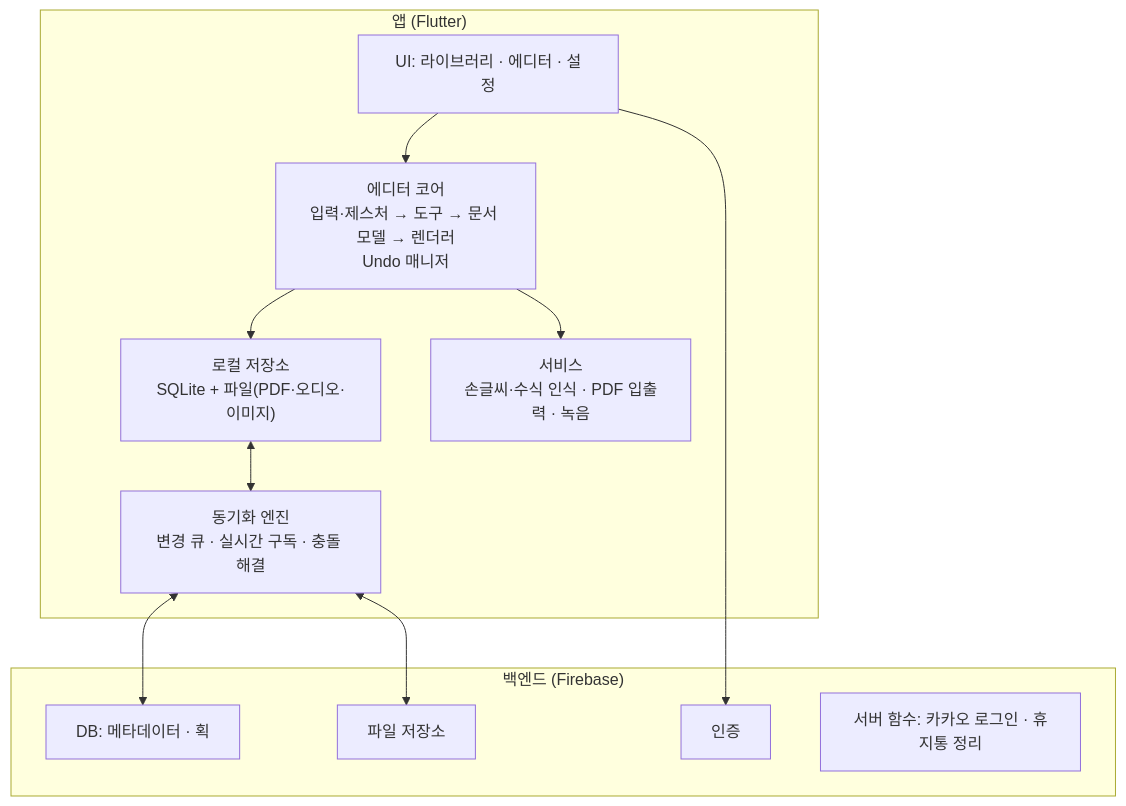
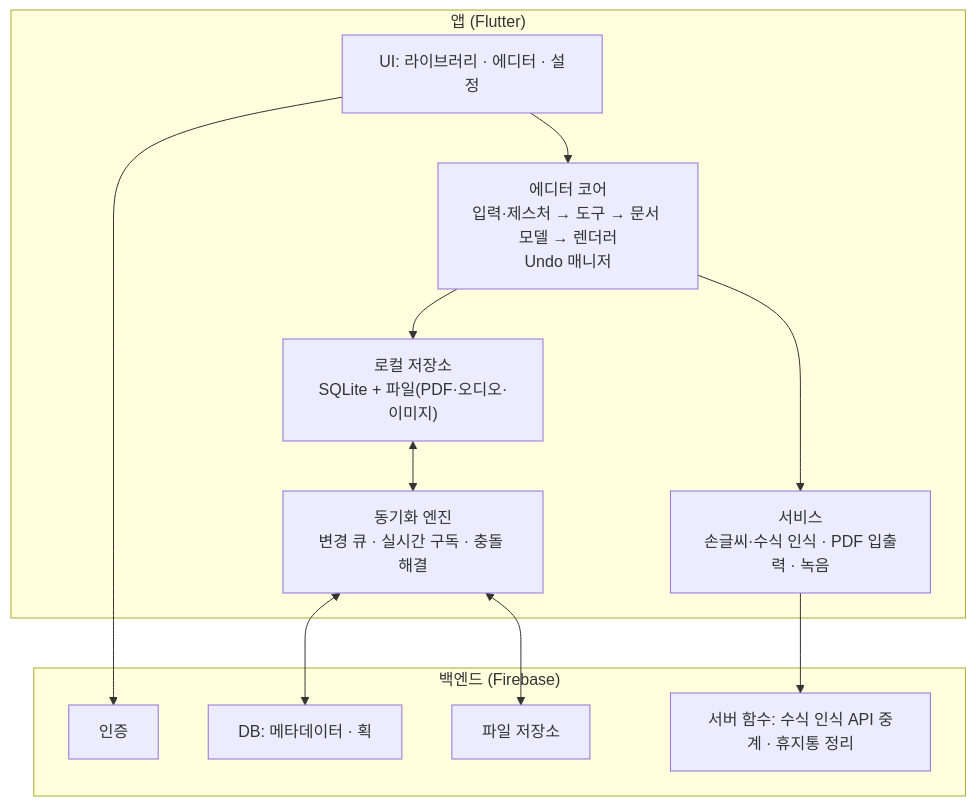
One commit to youngduckcrab/noteapp changed the diagram in docs/PLAN.md. Above: the diagram before and after it, drawn with Mermaid. The commit also changed other lines of this file, not shown here.

````diff
--- a/docs/PLAN.md
+++ b/docs/PLAN.md
@@ -374,23 +382,24 @@
 ```mermaid
 flowchart TB
   subgraph App["앱 (Flutter)"]
     UI["UI: 라이브러리 · 에디터 · 설정"]
     Editor["에디터 코어<br/>입력·제스처 → 도구 → 문서 모델 → 렌더러<br/>Undo 매니저"]
     Svc["서비스<br/>손글씨·수식 인식 · PDF 입출력 · 녹음"]
     Store["로컬 저장소<br/>SQLite + 파일(PDF·오디오·이미지)"]
     Sync["동기화 엔진<br/>변경 큐 · 실시간 구독 · 충돌 해결"]
     UI --> Editor
     Editor --> Store
     Editor --> Svc
     Store <--> Sync
   end
   subgraph Cloud["백엔드 (Firebase)"]
     Auth["인증"]
     DB["DB: 메타데이터 · 획"]
     Files["파일 저장소"]
-    Fn["서버 함수: 카카오 로그인 · 휴지통 정리"]
+    Fn["서버 함수: 수식 인식 API 중계 · 휴지통 정리"]
   end
   UI --> Auth
   Sync <--> DB
   Sync <--> Files
+  Svc --> Fn
 ```
````
